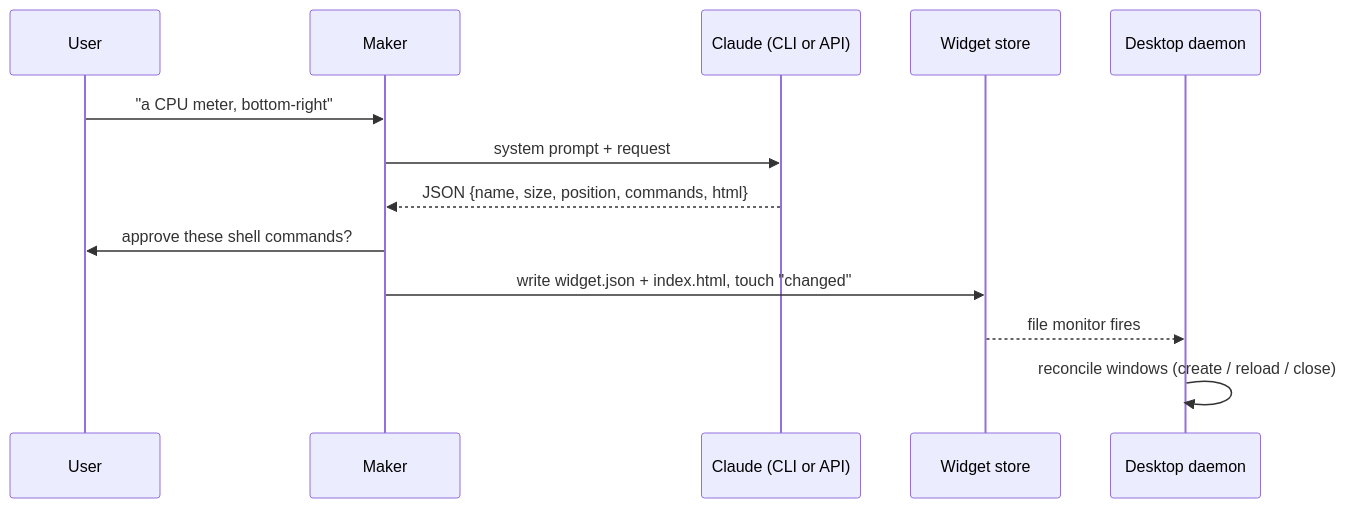
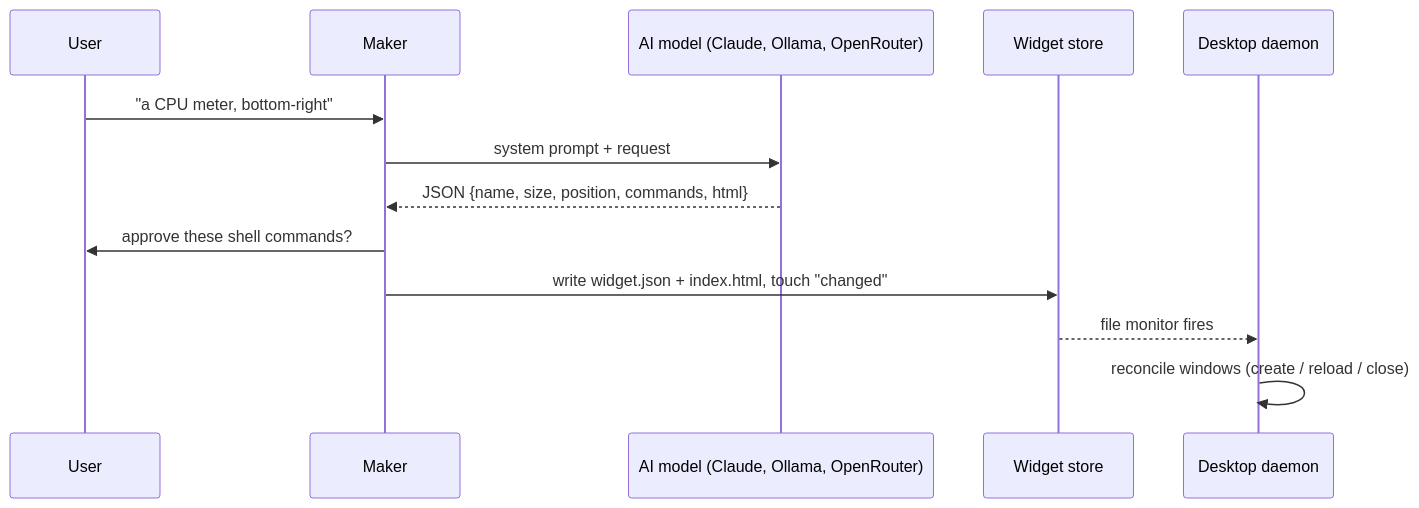
Before and after one commit to dengo07/pickit: the diagram in docs/ARCHITECTURE.md, drawn with Mermaid. The commit also changed other lines of this file and 13 other files, not shown here.

First line of the commit message:
Ollama and OpenRouter backends (1.2.0)

````diff
--- a/docs/ARCHITECTURE.md
+++ b/docs/ARCHITECTURE.md
@@ -12,15 +12,15 @@
 ```mermaid
 sequenceDiagram
   participant U as User
   participant M as Maker
-  participant C as Claude (CLI or API)
+  participant C as AI model (Claude, Ollama, OpenRouter)
   participant S as Widget store
   participant D as Desktop daemon
   U->>M: "a CPU meter, bottom-right"
   M->>C: system prompt + request
   C-->>M: JSON {name, size, position, commands, html}
   M->>U: approve these shell commands?
   M->>S: write widget.json + index.html, touch "changed"
   S-->>D: file monitor fires
   D->>D: reconcile windows (create / reload / close)
 ```
````
